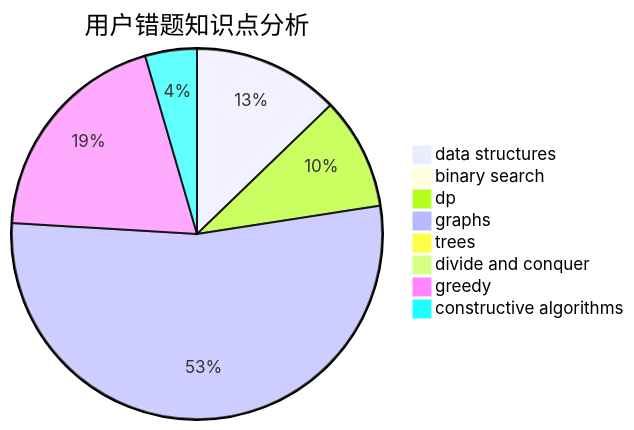
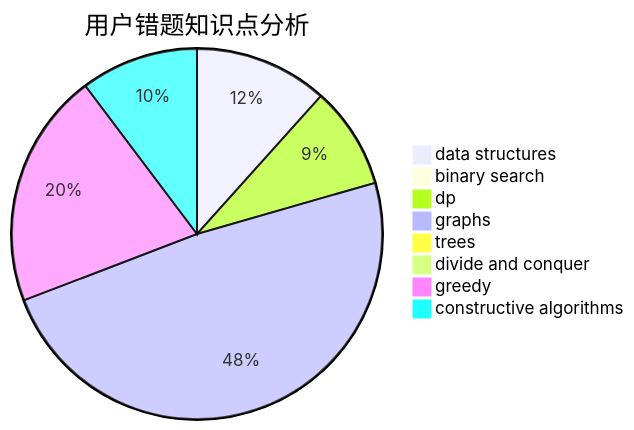
Before and after one commit to sherpahu/cfrs.github.io: the third of 3 diagrams in docs/user/u1860.md, drawn with Mermaid. The commit also changed other lines of this file and 2770 other files, not shown here.

````diff
--- a/docs/user/u1860.md
+++ b/docs/user/u1860.md
@@ -36,11 +36,11 @@
 ```mermaid
 pie title 用户错题知识点分析
     "data structures" :  17
     "binary search" :  1
     "dp" :  13
     "graphs" :  71
     "trees" :  0
     "divide and conquer" :  0
-    "greedy" :  26
-    "constructive algorithms" :  6
+    "greedy" :  30
+    "constructive algorithms" :  15
 ```
````
